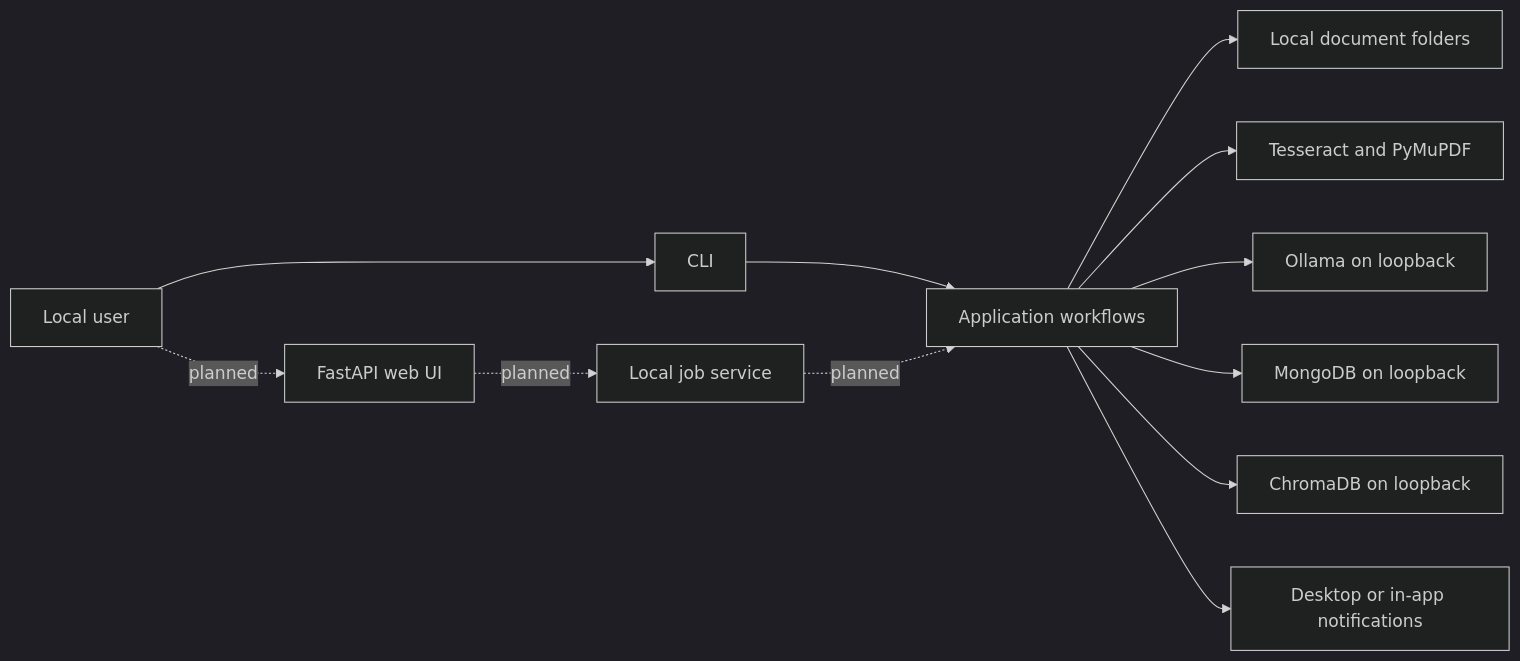
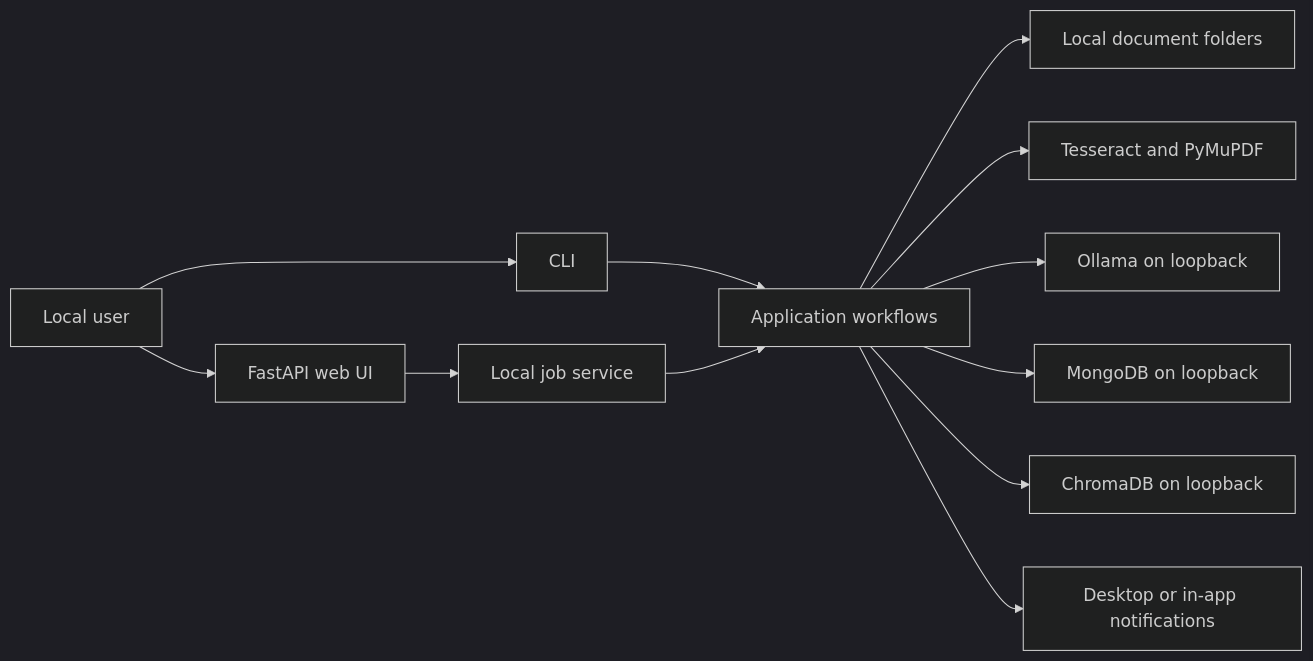
The first of 6 diagrams in docs/architecture.md (MattiaPeru/smart-doc-tracker), drawn with Mermaid (dark theme) before and after one commit. The commit also changed other lines of this file and 16 other files, not shown here.

````diff
--- a/docs/architecture.md
+++ b/docs/architecture.md
@@ -12,14 +11,14 @@
 ```mermaid
 flowchart LR
     User[Local user] --> CLI[CLI]
-    User -. planned .-> Web[FastAPI web UI]
+    User --> Web[FastAPI web UI]
     CLI --> App[Application workflows]
-    Web -. planned .-> Jobs[Local job service]
-    Jobs -. planned .-> App
+    Web --> Jobs[Local job service]
+    Jobs --> App
     App --> Files[Local document folders]
     App --> OCR[Tesseract and PyMuPDF]
     App --> Ollama[Ollama on loopback]
     App --> Mongo[MongoDB on loopback]
     App --> Chroma[ChromaDB on loopback]
     App --> Notify[Desktop or in-app notifications]
 ```
````
